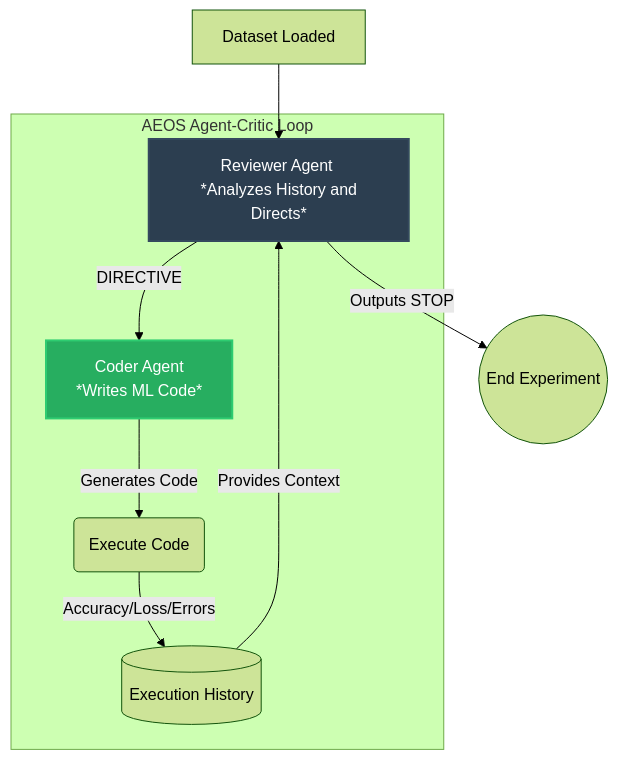
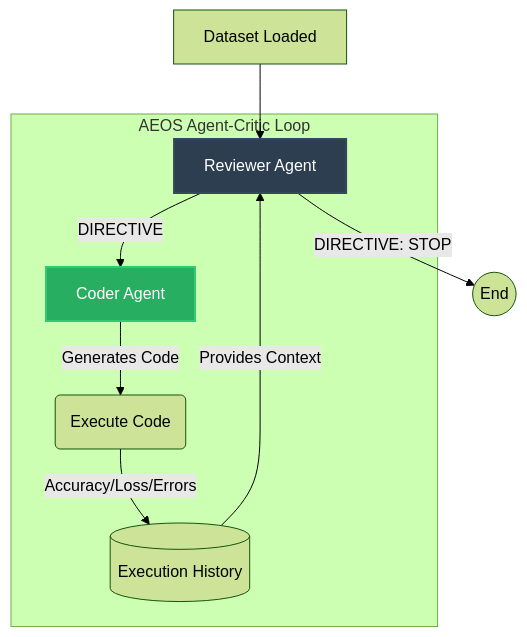
Before and after one commit to m4vic/AEOS: the second of 4 diagrams in README.md, drawn with Mermaid (forest theme). The commit also changed other lines of this file and 8 other files, not shown here.

````diff
--- a/README.md
+++ b/README.md
@@ -38,16 +230,13 @@
 ```mermaid
 flowchart TD
     A[Dataset Loaded] --> R
-    
     subgraph AEOS Agent-Critic Loop
-    R[Reviewer Agent <br> *Analyzes History and Directs*] -->|DIRECTIVE| C[Coder Agent <br> *Writes ML Code*]
+    R[Reviewer Agent] -->|DIRECTIVE| C[Coder Agent]
     C -->|Generates Code| E(Execute Code)
     E -->|Accuracy/Loss/Errors| H[(Execution History)]
     H -->|Provides Context| R
     end
-
-    R -->|Outputs STOP| D((End Experiment))
-    
+    R -->|DIRECTIVE: STOP| D((End))
     style R fill:#2c3e50,stroke:#34495e,stroke-width:2px,color:#fff
     style C fill:#27ae60,stroke:#2ecc71,stroke-width:2px,color:#fff
 ```
````
